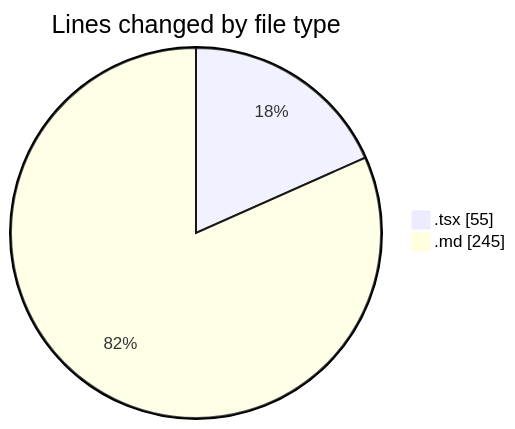
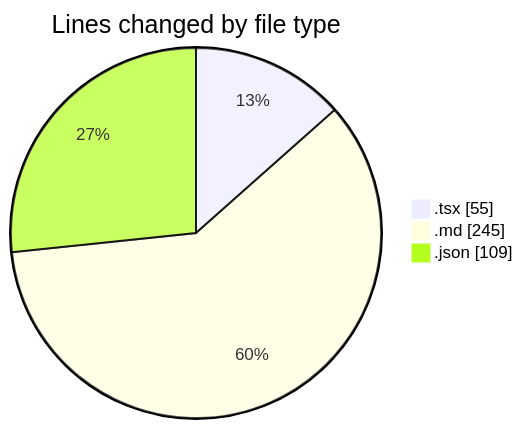
The first of 2 diagrams in 2025-12-12/cda/README.md (momahboobian/code-tracking), drawn with Mermaid before and after one commit. The commit also changed other lines of this file and 1 other file, not shown here.

````diff
--- a/2025-12-12/cda/README.md
+++ b/2025-12-12/cda/README.md
@@ -21,6 +23,7 @@
 ```mermaid
 pie showData
 title Lines changed by file type
 ".tsx" : 55
 ".md" : 245
+".json" : 109
 ```
````
